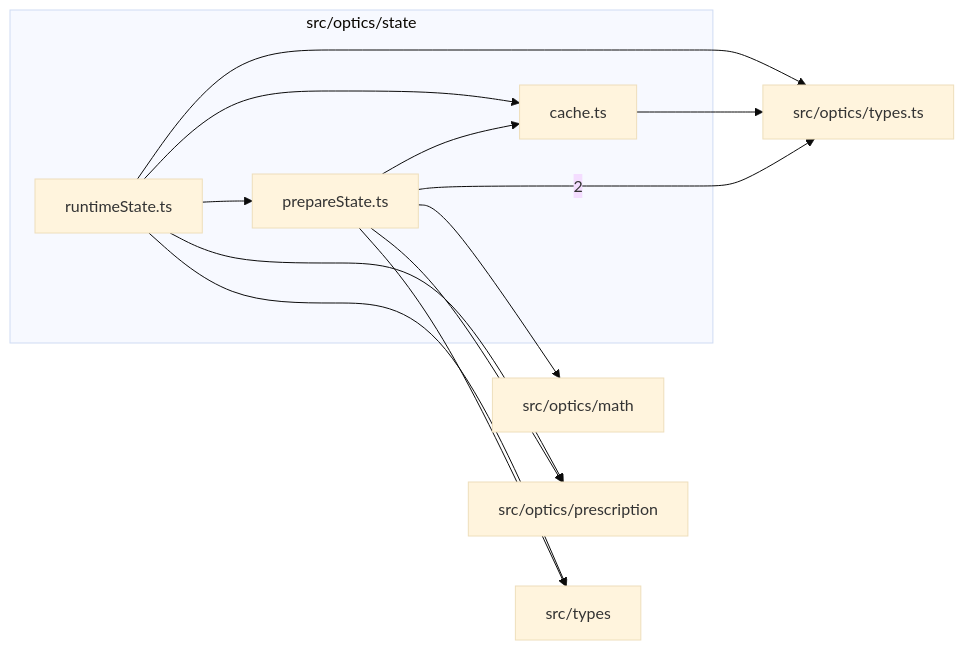
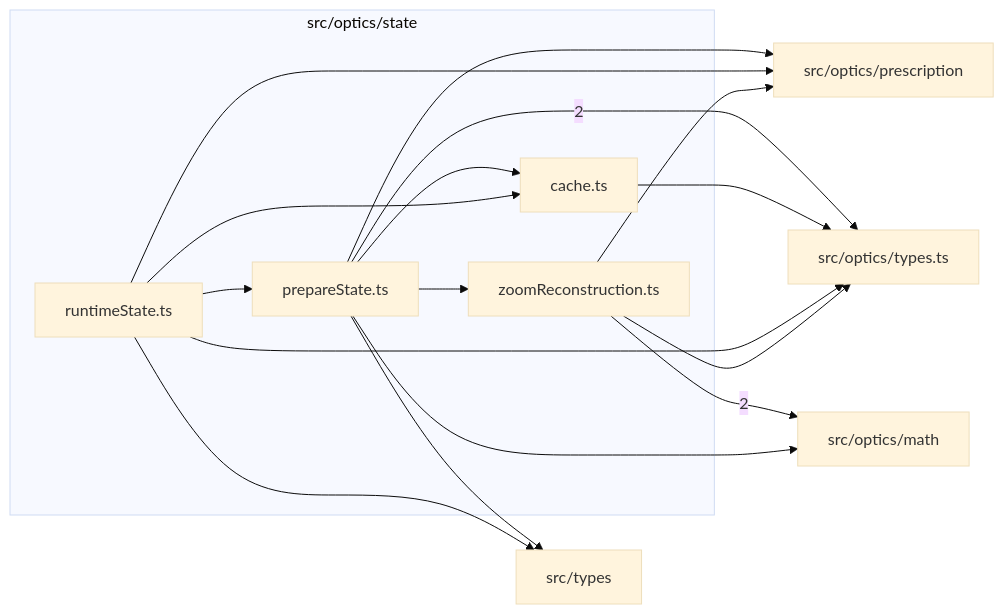
The diagram in src/optics/state/readme.md (ronbuening/LensVisualizer), drawn with Mermaid (base theme) before and after one commit. The commit also changed other lines of this file and 27 other files, not shown here.

Commit message:
fix(optics): reconstruct intermediate zoom geometry across the catalog

````diff
--- a/src/optics/state/readme.md
+++ b/src/optics/state/readme.md
@@ -9,23 +9,28 @@
 ```mermaid
 flowchart LR
   subgraph n_src_optics_state["src/optics/state"]
     n_src_optics_state_src_optics_state_cache_ts["cache.ts"]
     n_src_optics_state_src_optics_state_prepareState_ts["prepareState.ts"]
     n_src_optics_state_src_optics_state_runtimeState_ts["runtimeState.ts"]
+    n_src_optics_state_src_optics_state_zoomReconstruction_ts["zoomReconstruction.ts"]
   end
+  n_external_src_optics_math["src/optics/math"]
   n_external_src_optics_types_ts["src/optics/types.ts"]
-  n_external_src_optics_math["src/optics/math"]
   n_external_src_optics_prescription["src/optics/prescription"]
   n_external_src_types["src/types"]
+  n_src_optics_state_src_optics_state_zoomReconstruction_ts --> |2| n_external_src_optics_math
   n_src_optics_state_src_optics_state_prepareState_ts --> |2| n_external_src_optics_types_ts
   n_src_optics_state_src_optics_state_prepareState_ts --> n_external_src_optics_math
   n_src_optics_state_src_optics_state_prepareState_ts --> n_external_src_optics_prescription
   n_src_optics_state_src_optics_state_runtimeState_ts --> n_external_src_optics_prescription
+  n_src_optics_state_src_optics_state_zoomReconstruction_ts --> n_external_src_optics_prescription
   n_src_optics_state_src_optics_state_cache_ts --> n_external_src_optics_types_ts
   n_src_optics_state_src_optics_state_runtimeState_ts --> n_external_src_optics_types_ts
+  n_src_optics_state_src_optics_state_zoomReconstruction_ts --> n_external_src_optics_types_ts
   n_src_optics_state_src_optics_state_prepareState_ts --> n_external_src_types
   n_src_optics_state_src_optics_state_runtimeState_ts --> n_external_src_types
   n_src_optics_state_src_optics_state_prepareState_ts --> n_src_optics_state_src_optics_state_cache_ts
   n_src_optics_state_src_optics_state_runtimeState_ts --> n_src_optics_state_src_optics_state_cache_ts
   n_src_optics_state_src_optics_state_runtimeState_ts --> n_src_optics_state_src_optics_state_prepareState_ts
+  n_src_optics_state_src_optics_state_prepareState_ts --> n_src_optics_state_src_optics_state_zoomReconstruction_ts
 ```
````
